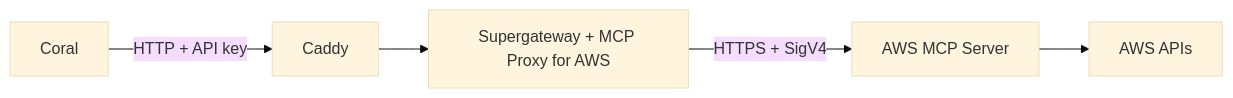
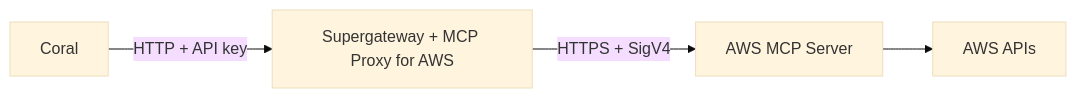
The diagram in apps/docs/guides/providers/aws.mdx (withcoral/coral), drawn with Mermaid (base theme) before and after one commit. The commit also changed other lines of this file, not shown here.

First line of the commit message:
docs: drop Caddy from the AWS guide

````diff
--- a/apps/docs/guides/providers/aws.mdx
+++ b/apps/docs/guides/providers/aws.mdx
@@ -20,7 +19,6 @@
 ```mermaid
 flowchart LR
-  coral[Coral] -- "HTTP + API key" --> caddy[Caddy]
-  caddy --> bridge["Supergateway + MCP Proxy for AWS"]
+  coral[Coral] -- "HTTP + API key" --> bridge["Supergateway + MCP Proxy for AWS"]
   bridge -- "HTTPS + SigV4" --> aws[AWS MCP Server]
   aws --> apis[AWS APIs]
 ```
````
